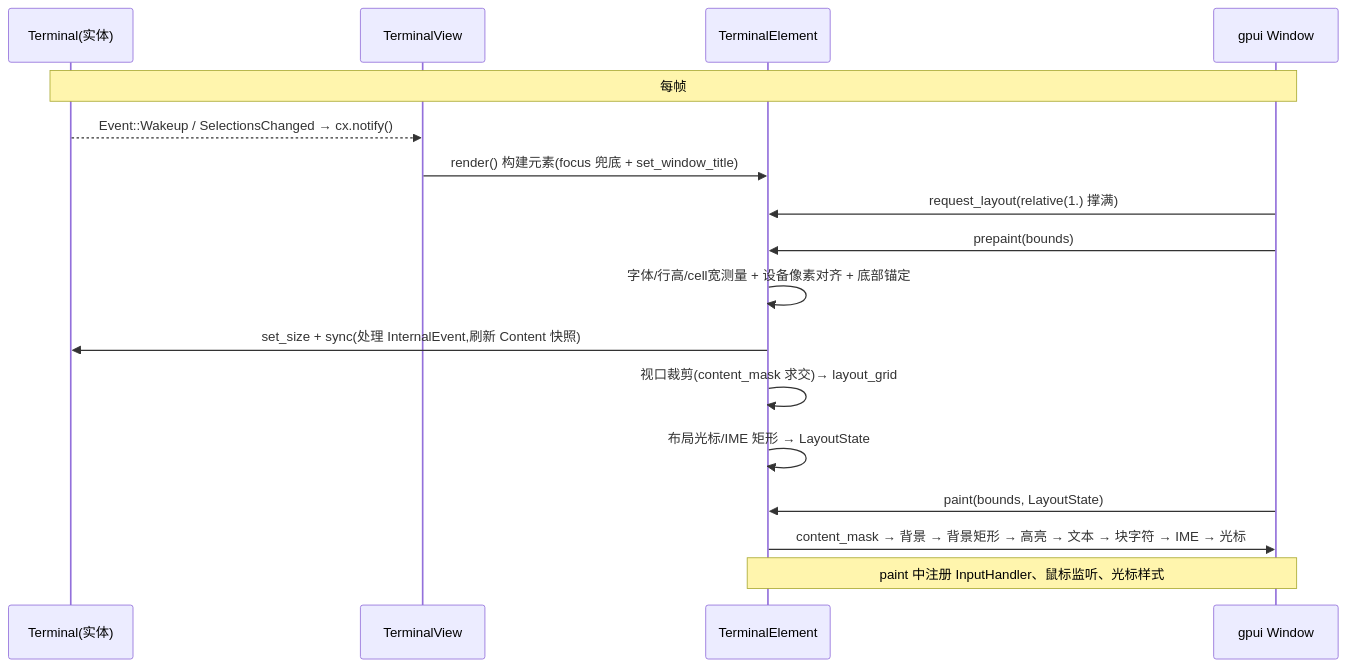
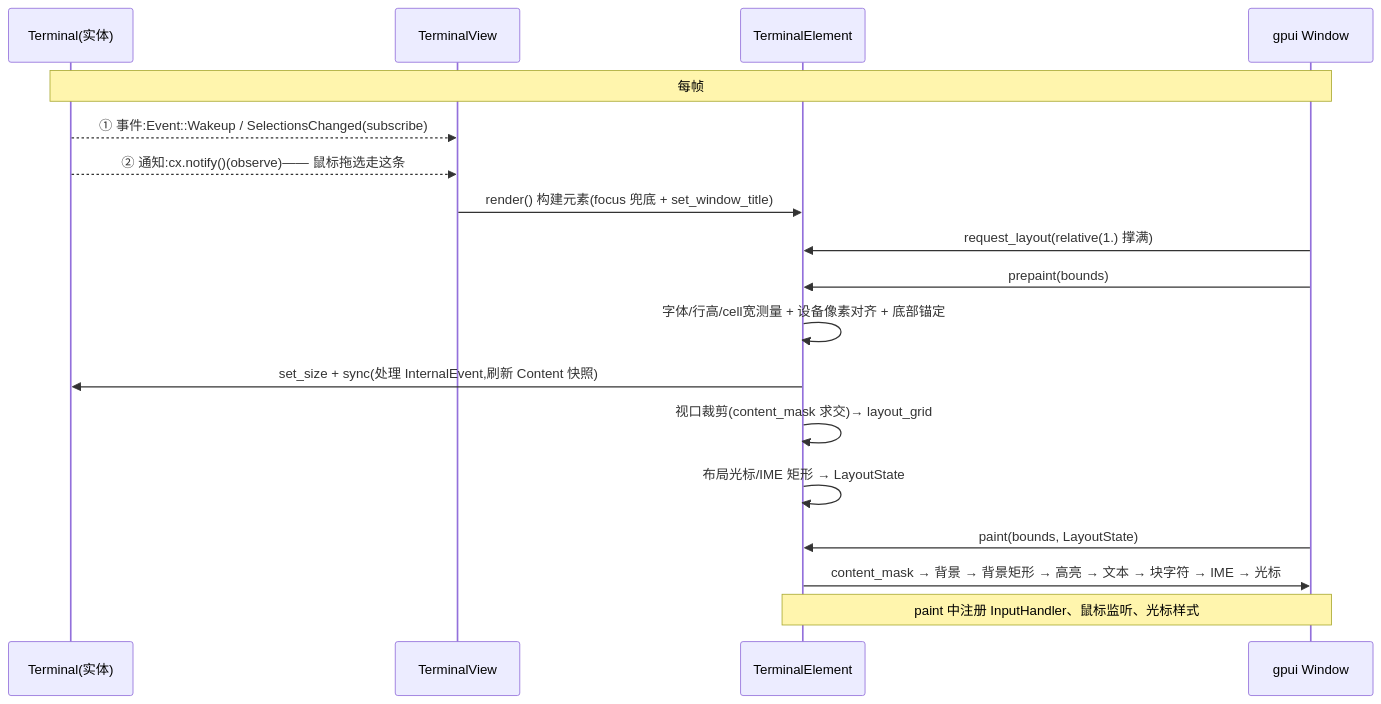
One commit to zephyraluco/alacrterm changed the fifth of 5 diagrams in docs/terminal-view-rendering.md. Above: the diagram before and after it, drawn with Mermaid. The commit also changed other lines of this file and 2 other files, not shown here.

````diff
--- a/docs/terminal-view-rendering.md
+++ b/docs/terminal-view-rendering.md
@@ -542,20 +582,21 @@
 ```mermaid
 sequenceDiagram
     participant T as Terminal(实体)
     participant V as TerminalView
     participant E as TerminalElement
     participant W as gpui Window
 
     Note over T,W: 每帧
-    T-->>V: Event::Wakeup / SelectionsChanged → cx.notify()
+    T-->>V: ① 事件:Event::Wakeup / SelectionsChanged(subscribe)
+    T-->>V: ② 通知:cx.notify()(observe)—— 鼠标拖选走这条
     V->>E: render() 构建元素(focus 兜底 + set_window_title)
     W->>E: request_layout(relative(1.) 撑满)
     W->>E: prepaint(bounds)
     E->>E: 字体/行高/cell宽测量 + 设备像素对齐 + 底部锚定
     E->>T: set_size + sync(处理 InternalEvent,刷新 Content 快照)
     E->>E: 视口裁剪(content_mask 求交)→ layout_grid
     E->>E: 布局光标/IME 矩形 → LayoutState
     W->>E: paint(bounds, LayoutState)
     E->>W: content_mask → 背景 → 背景矩形 → 高亮 → 文本 → 块字符 → IME → 光标
     Note over E,W: paint 中注册 InputHandler、鼠标监听、光标样式
 ```
````
